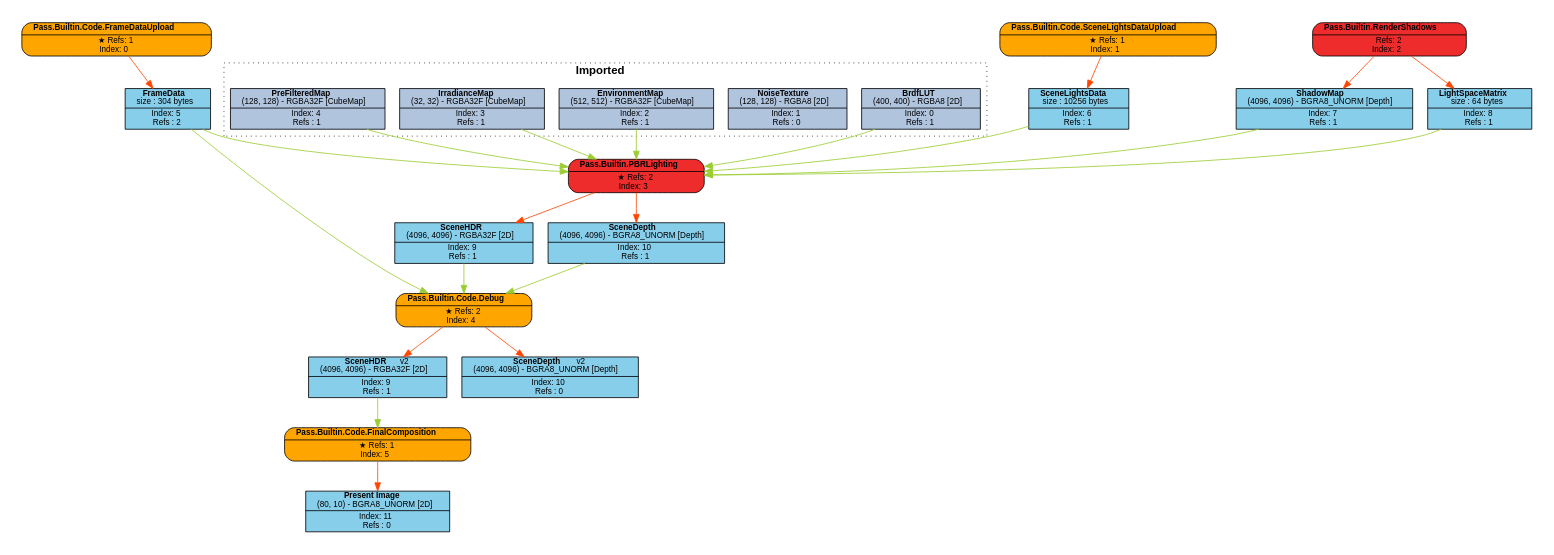
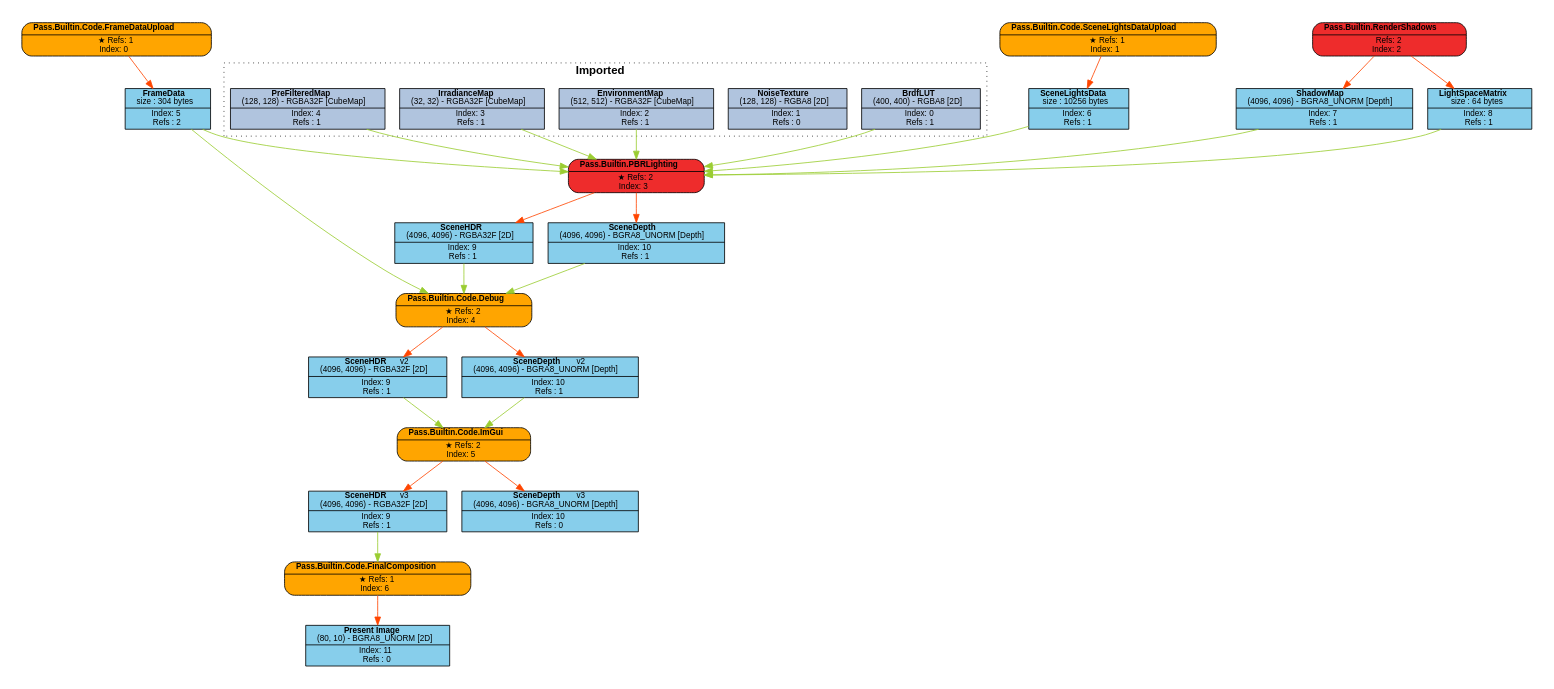
Before and after one commit to Pikachuxxxx/Razix: the diagram in Engine/content/FrameGraphs/data_driven_editor_test.dot, drawn with Graphviz. The commit also changed 19 other files, not shown here.

Commit message:
enabled imgui code pass; found potential bugs and contrains;

```diff
--- a/Engine/content/FrameGraphs/data_driven_editor_test.dot
+++ b/Engine/content/FrameGraphs/data_driven_editor_test.dot
@@ -1,73 +1,82 @@
 digraph FrameGraph {
 graph [style=invis, rankdir="TB" ordering=out, splines=spline]
 node [shape=record, fontname="helvetica", fontsize=10, margin="0.2,0.03"]
 
 P0 [label=<{ {<B>Pass.Builtin.Code.FrameDataUpload</B>} | {&#x2605; Refs: 1<BR/> Index: 0} }> style="rounded,filled", fillcolor=orange]
 P1 [label=<{ {<B>Pass.Builtin.Code.SceneLightsDataUpload</B>} | {&#x2605; Refs: 1<BR/> Index: 1} }> style="rounded,filled", fillcolor=orange]
 P2 [label=<{ {<B>Pass.Builtin.RenderShadows</B>} | {Refs: 2<BR/> Index: 2} }> style="rounded,filled", fillcolor=firebrick2]
 P3 [label=<{ {<B>Pass.Builtin.PBRLighting</B>} | {&#x2605; Refs: 2<BR/> Index: 3} }> style="rounded,filled", fillcolor=firebrick2]
 P4 [label=<{ {<B>Pass.Builtin.Code.Debug</B>} | {&#x2605; Refs: 2<BR/> Index: 4} }> style="rounded,filled", fillcolor=orange]
-P5 [label=<{ {<B>Pass.Builtin.Code.FinalComposition</B>} | {&#x2605; Refs: 1<BR/> Index: 5} }> style="rounded,filled", fillcolor=orange]
+P5 [label=<{ {<B>Pass.Builtin.Code.ImGui</B>} | {&#x2605; Refs: 2<BR/> Index: 5} }> style="rounded,filled", fillcolor=orange]
+P6 [label=<{ {<B>Pass.Builtin.Code.FinalComposition</B>} | {&#x2605; Refs: 1<BR/> Index: 6} }> style="rounded,filled", fillcolor=orange]
 
 R0_1 [label=<{ {<B>BrdfLUT</B><BR/>(400, 400) - RGBA8 [2D]} | {Index: 0<BR/>Refs : 1} }> style=filled, fillcolor=lightsteelblue]
 R1_1 [label=<{ {<B>NoiseTexture</B><BR/>(128, 128) - RGBA8 [2D]} | {Index: 1<BR/>Refs : 0} }> style=filled, fillcolor=lightsteelblue]
 R2_1 [label=<{ {<B>EnvironmentMap</B><BR/>(512, 512) - RGBA32F [CubeMap]} | {Index: 2<BR/>Refs : 1} }> style=filled, fillcolor=lightsteelblue]
 R3_1 [label=<{ {<B>IrradianceMap</B><BR/>(32, 32) - RGBA32F [CubeMap]} | {Index: 3<BR/>Refs : 1} }> style=filled, fillcolor=lightsteelblue]
 R4_1 [label=<{ {<B>PreFilteredMap</B><BR/>(128, 128) - RGBA32F [CubeMap]} | {Index: 4<BR/>Refs : 1} }> style=filled, fillcolor=lightsteelblue]
 R5_1 [label=<{ {<B>FrameData</B><BR/>size : 304 bytes} | {Index: 5<BR/>Refs : 2} }> style=filled, fillcolor=skyblue]
 R6_1 [label=<{ {<B>SceneLightsData</B><BR/>size : 10256 bytes} | {Index: 6<BR/>Refs : 1} }> style=filled, fillcolor=skyblue]
 R7_1 [label=<{ {<B>ShadowMap</B><BR/>(4096, 4096) - BGRA8_UNORM [Depth]} | {Index: 7<BR/>Refs : 1} }> style=filled, fillcolor=skyblue]
 R8_1 [label=<{ {<B>LightSpaceMatrix</B><BR/>size : 64 bytes} | {Index: 8<BR/>Refs : 1} }> style=filled, fillcolor=skyblue]
 R9_1 [label=<{ {<B>SceneHDR</B><BR/>(4096, 4096) - RGBA32F [2D]} | {Index: 9<BR/>Refs : 1} }> style=filled, fillcolor=skyblue]
 R10_1 [label=<{ {<B>SceneDepth</B><BR/>(4096, 4096) - BGRA8_UNORM [Depth]} | {Index: 10<BR/>Refs : 1} }> style=filled, fillcolor=skyblue]
 R9_2 [label=<{ {<B>SceneHDR</B>   <FONT>v2</FONT><BR/>(4096, 4096) - RGBA32F [2D]} | {Index: 9<BR/>Refs : 1} }> style=filled, fillcolor=skyblue]
-R10_2 [label=<{ {<B>SceneDepth</B>   <FONT>v2</FONT><BR/>(4096, 4096) - BGRA8_UNORM [Depth]} | {Index: 10<BR/>Refs : 0} }> style=filled, fillcolor=skyblue]
+R10_2 [label=<{ {<B>SceneDepth</B>   <FONT>v2</FONT><BR/>(4096, 4096) - BGRA8_UNORM [Depth]} | {Index: 10<BR/>Refs : 1} }> style=filled, fillcolor=skyblue]
+R9_3 [label=<{ {<B>SceneHDR</B>   <FONT>v3</FONT><BR/>(4096, 4096) - RGBA32F [2D]} | {Index: 9<BR/>Refs : 1} }> style=filled, fillcolor=skyblue]
+R10_3 [label=<{ {<B>SceneDepth</B>   <FONT>v3</FONT><BR/>(4096, 4096) - BGRA8_UNORM [Depth]} | {Index: 10<BR/>Refs : 0} }> style=filled, fillcolor=skyblue]
 R11_1 [label=<{ {<B>Present Image</B><BR/>(80, 10) - BGRA8_UNORM [2D]} | {Index: 11<BR/>Refs : 0} }> style=filled, fillcolor=skyblue]
 
 P0 -> { R5_1 } [color=orangered]
 P1 -> { R6_1 } [color=orangered]
 P2 -> { R7_1 R8_1 } [color=orangered]
 P3 -> { R9_1 R10_1 } [color=orangered]
 P4 -> { R9_2 R10_2 } [color=orangered]
-P5 -> { R11_1 } [color=orangered]
+P5 -> { R9_3 R10_3 } [color=orangered]
+P6 -> { R11_1 } [color=orangered]
 
 R0_1 -> { P3 } [color=olivedrab3]
 R1_1 -> { } [color=olivedrab3]
 R2_1 -> { P3 } [color=olivedrab3]
 R3_1 -> { P3 } [color=olivedrab3]
 R4_1 -> { P3 } [color=olivedrab3]
 R5_1 -> { P3 P4 } [color=olivedrab3]
 R6_1 -> { P3 } [color=olivedrab3]
 R7_1 -> { P3 } [color=olivedrab3]
 R8_1 -> { P3 } [color=olivedrab3]
 R9_1 -> { P4 } [color=olivedrab3]
 R10_1 -> { P4 } [color=olivedrab3]
 R9_2 -> { P5 } [color=olivedrab3]
-R10_2 -> { } [color=olivedrab3]
+R10_2 -> { P5 } [color=olivedrab3]
+R9_3 -> { P6 } [color=olivedrab3]
+R10_3 -> { } [color=olivedrab3]
 R11_1 -> { } [color=olivedrab3]
 
 subgraph cluster_0 {
 P0 R5_1 
 }
 subgraph cluster_1 {
 P1 R6_1 
 }
 subgraph cluster_2 {
 P2 R7_1 R8_1 
 }
 subgraph cluster_3 {
 P3 R9_1 R10_1 
 }
 subgraph cluster_4 {
 P4 
 }
 subgraph cluster_5 {
-P5 R11_1 
+P5 
+}
+subgraph cluster_6 {
+P6 R11_1 
 }
 
 subgraph cluster_imported_resources {
 graph [style=dotted, fontname="helvetica", label=< <B>Imported</B> >]
 R0_1 R1_1 R2_1 R3_1 R4_1 
 }
 
 }
```
